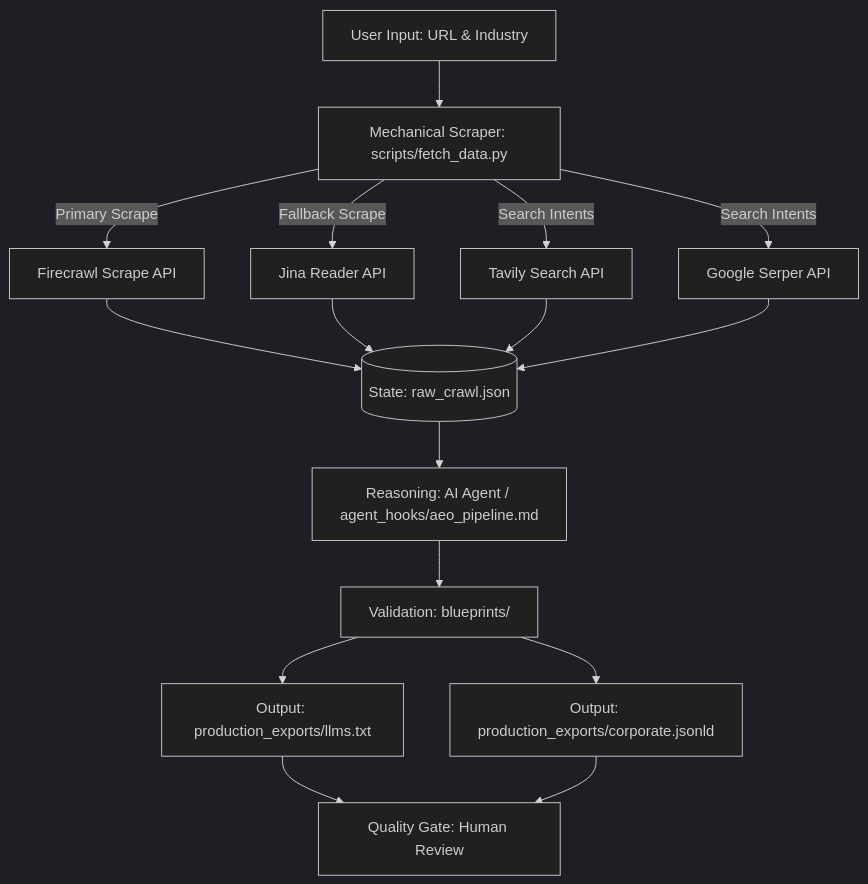
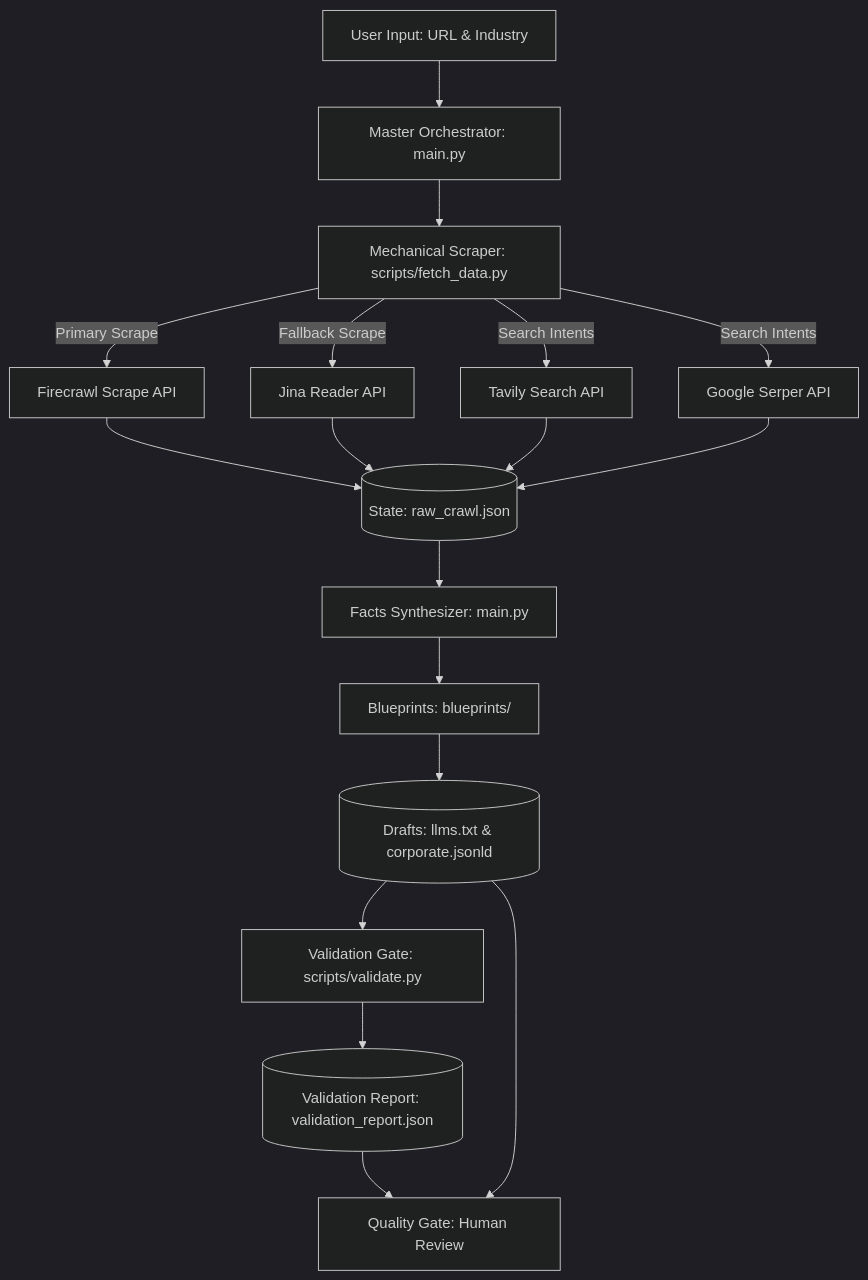
One commit to satyamuiux-byte/aeo-core-systems changed the diagram in README.md. Above: the diagram before and after it, drawn with Mermaid (dark theme). The commit also changed other lines of this file and 7 other files, not shown here.

Commit message:
feat: implement structured validation gate, CLI runner, and test suite

````diff
--- a/README.md
+++ b/README.md
@@ -61,18 +51,20 @@
 ```mermaid
 graph TD
-    A[User Input: URL & Industry] --> B[Mechanical Scraper: scripts/fetch_data.py]
-    B -->|Primary Scrape| C[Firecrawl Scrape API]
-    B -->|Fallback Scrape| D[Jina Reader API]
-    B -->|Search Intents| E[Tavily Search API]
-    B -->|Search Intents| F[Google Serper API]
-    C --> G[(State: raw_crawl.json)]
-    D --> G
-    E --> G
-    F --> G
-    G --> H[Reasoning: AI Agent / agent_hooks/aeo_pipeline.md]
-    H --> I[Validation: blueprints/]
-    I --> J[Output: production_exports/llms.txt]
-    I --> K[Output: production_exports/corporate.jsonld]
-    J --> L[Quality Gate: Human Review]
-    K --> L
+    A[User Input: URL & Industry] --> B[Master Orchestrator: main.py]
+    B --> C[Mechanical Scraper: scripts/fetch_data.py]
+    C -->|Primary Scrape| D[Firecrawl Scrape API]
+    C -->|Fallback Scrape| E[Jina Reader API]
+    C -->|Search Intents| F[Tavily Search API]
+    C -->|Search Intents| G[Google Serper API]
+    D --> H[(State: raw_crawl.json)]
+    E --> H
+    F --> H
+    G --> H
+    H --> I[Facts Synthesizer: main.py]
+    I --> J[Blueprints: blueprints/]
+    J --> K[(Drafts: llms.txt & corporate.jsonld)]
+    K --> L[Validation Gate: scripts/validate.py]
+    L --> M[(Validation Report: validation_report.json)]
+    M --> N[Quality Gate: Human Review]
+    K --> N
 ```
````
